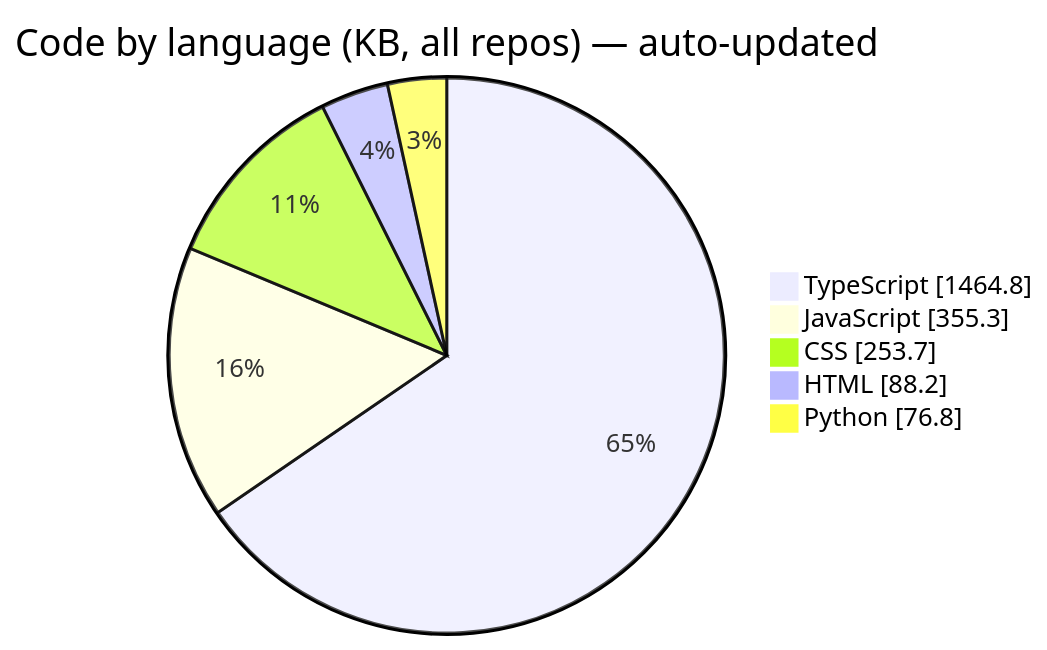
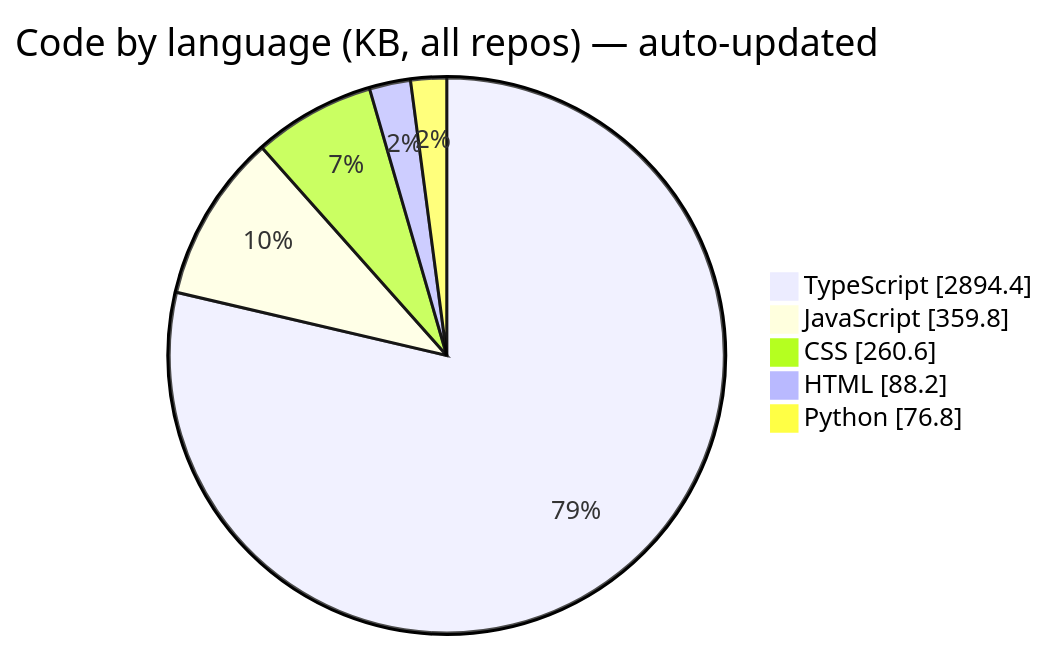
The third of 6 diagrams in README.md (Manashjyoti-Bora/Manashjyoti-Bora), drawn with Mermaid before and after one commit. The commit also changed other lines of this file and 2 other files, not shown here.

````diff
--- a/README.md
+++ b/README.md
@@ -196,9 +196,9 @@
 ```mermaid
 pie showData
     title Code by language (KB, all repos) — auto-updated
-    "TypeScript" : 1464.8
-    "JavaScript" : 355.3
-    "CSS" : 253.7
+    "TypeScript" : 2894.4
+    "JavaScript" : 359.8
+    "CSS" : 260.6
     "HTML" : 88.2
     "Python" : 76.8
 ```
````
